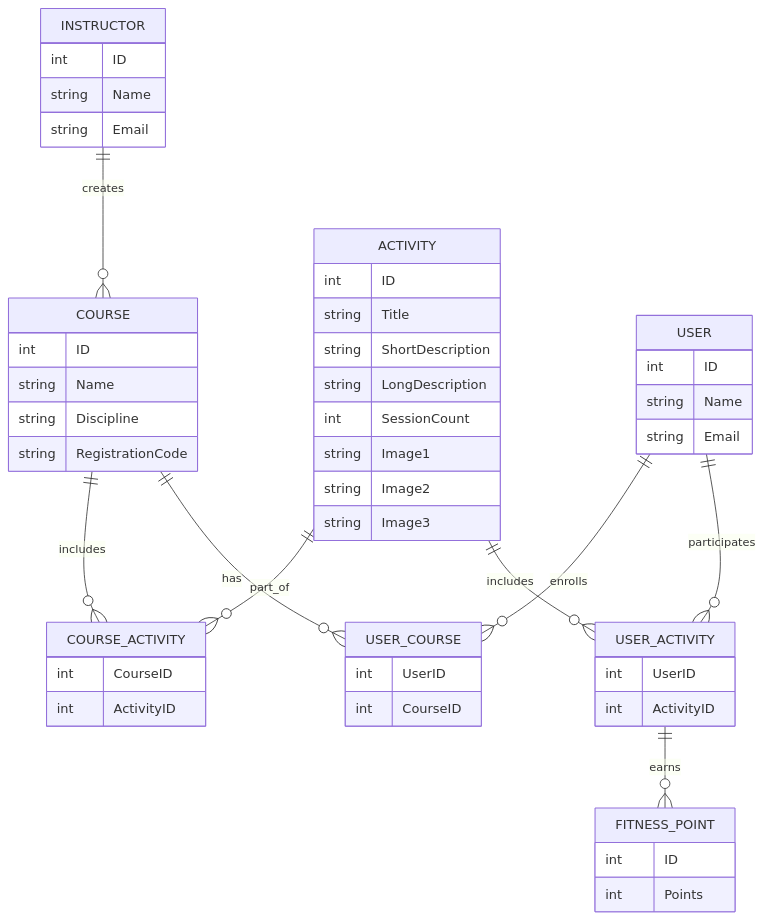
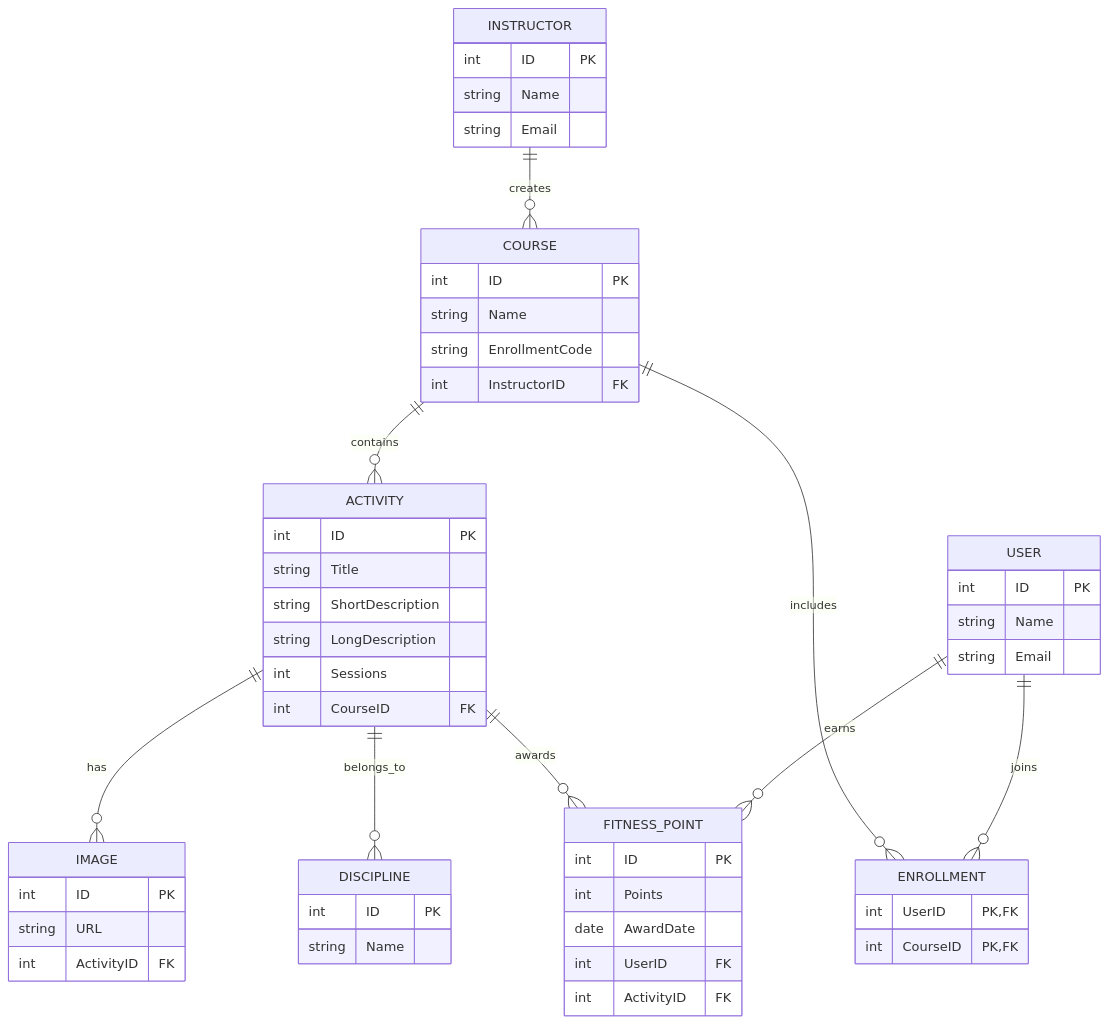
One commit to angelogalantiscuola/2425_5M changed the diagram in src/e06.md. Above: the diagram before and after it, drawn with Mermaid. The commit also changed other lines of this file and 2 other files, not shown here.

````diff
--- a/src/e06.md
+++ b/src/e06.md
@@ -4,54 +5,56 @@
 ```mermaid
 erDiagram
     INSTRUCTOR {
-        int ID
+        int ID PK
         string Name
         string Email
     }
     COURSE {
-        int ID
+        int ID PK
         string Name
-        string Discipline
-        string RegistrationCode
+        string EnrollmentCode
+        int InstructorID FK
     }
     ACTIVITY {
-        int ID
+        int ID PK
         string Title
         string ShortDescription
         string LongDescription
-        int SessionCount
-        string Image1
-        string Image2
-        string Image3
+        int Sessions
+        int CourseID FK
     }
     USER {
-        int ID
+        int ID PK
         string Name
         string Email
     }
+    IMAGE {
+        int ID PK
+        string URL
+        int ActivityID FK
+    }
+    DISCIPLINE {
+        int ID PK
+        string Name
+    }
+    ENROLLMENT {
+        int UserID PK, FK
+        int CourseID PK, FK
+    }
     FITNESS_POINT {
-        int ID
+        int ID PK
         int Points
-    }
-    COURSE_ACTIVITY {
-        int CourseID
-        int ActivityID
-    }
-    USER_COURSE {
-        int UserID
-        int CourseID
-    }
-    USER_ACTIVITY {
-        int UserID
-        int ActivityID
+        date AwardDate
+        int UserID FK
+        int ActivityID FK
     }
 
     INSTRUCTOR ||--o{ COURSE : creates
-    COURSE ||--o{ COURSE_ACTIVITY : includes
-    ACTIVITY ||--o{ COURSE_ACTIVITY : part_of
-    USER ||--o{ USER_COURSE : enrolls
-    COURSE ||--o{ USER_COURSE : has
-    USER ||--o{ USER_ACTIVITY : participates
-    ACTIVITY ||--o{ USER_ACTIVITY : includes
-    USER_ACTIVITY ||--o{ FITNESS_POINT : earns
+    COURSE ||--o{ ACTIVITY : contains
+    ACTIVITY ||--o{ IMAGE : has
+    USER ||--o{ ENROLLMENT : joins
+    COURSE ||--o{ ENROLLMENT : includes
+    USER ||--o{ FITNESS_POINT : earns
+    ACTIVITY ||--o{ FITNESS_POINT : awards
+    ACTIVITY ||--o{ DISCIPLINE : belongs_to
 ```
````
